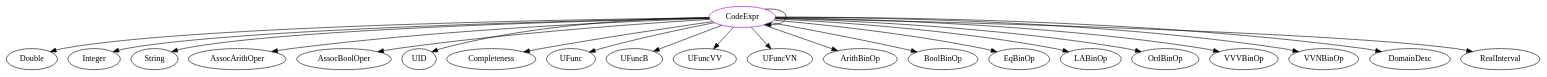
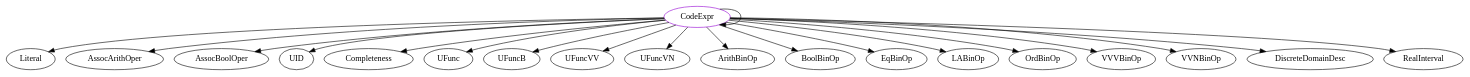
One commit to Ant13731/Drasil changed the diagram in analysis/TypeDependencyGraphs/code-base/CodeExpr.dot. Above: the diagram before and after it, drawn with Graphviz. The commit also changed 2107 other files, not shown here.

```diff
--- a/analysis/TypeDependencyGraphs/code-base/CodeExpr.dot
+++ b/analysis/TypeDependencyGraphs/code-base/CodeExpr.dot
@@ -1,24 +1,22 @@
 digraph codeexpr{
 CodeExpr	[shape=oval, color=darkviolet, label="CodeExpr"];
-CodeExpr -> Double;
+CodeExpr -> Literal;
 CodeExpr -> CodeExpr;
-CodeExpr -> Integer;
-CodeExpr -> String;
 CodeExpr -> AssocArithOper;
 CodeExpr -> AssocBoolOper;
 CodeExpr -> UID;
 CodeExpr -> Completeness;
 CodeExpr -> UFunc;
 CodeExpr -> UFuncB;
 CodeExpr -> UFuncVV;
 CodeExpr -> UFuncVN;
 CodeExpr -> ArithBinOp;
 CodeExpr -> BoolBinOp;
 CodeExpr -> EqBinOp;
 CodeExpr -> LABinOp;
 CodeExpr -> OrdBinOp;
 CodeExpr -> VVVBinOp;
 CodeExpr -> VVNBinOp;
-CodeExpr -> DomainDesc;
+CodeExpr -> DiscreteDomainDesc;
 CodeExpr -> RealInterval;
 }
```
